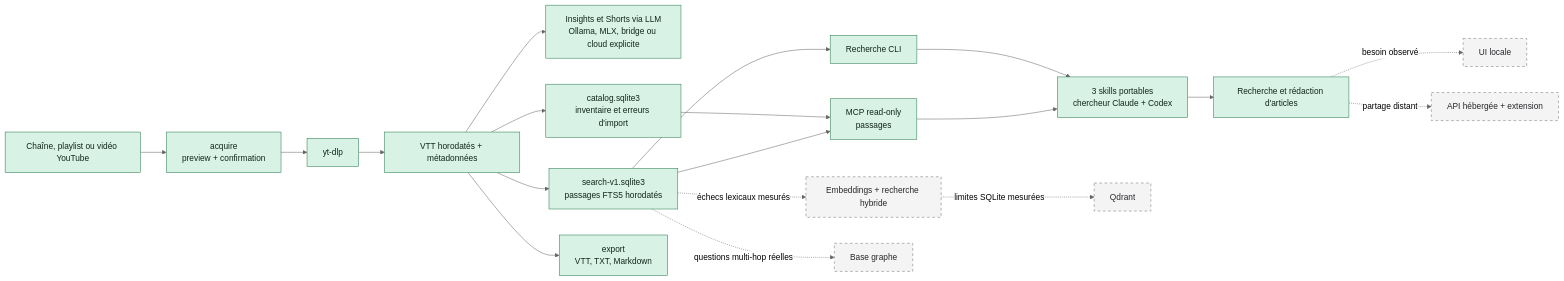
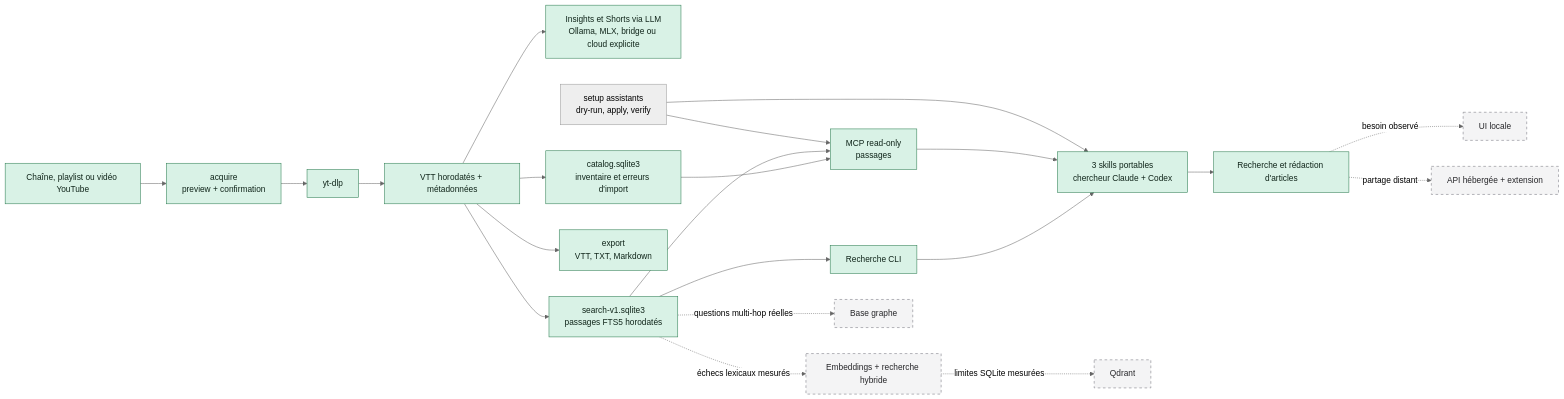
One commit to FlorianBruniaux/youtube-video-insights changed the diagram in docs/IMPLEMENTATION-STATUS.md. Above: the diagram before and after it, drawn with Mermaid (neutral theme). The commit also changed other lines of this file and 25 other files, not shown here.

````diff
--- a/docs/IMPLEMENTATION-STATUS.md
+++ b/docs/IMPLEMENTATION-STATUS.md
@@ -21,29 +21,31 @@
 ```mermaid
 flowchart LR
     YT[Chaîne, playlist ou vidéo YouTube] --> ACQ[acquire<br/>preview + confirmation]
     ACQ --> DL[yt-dlp]
     DL --> VTT[VTT horodatés + métadonnées]
 
     VTT --> LLM[Insights et Shorts via LLM<br/>Ollama, MLX, bridge ou cloud explicite]
     VTT --> CAT[catalog.sqlite3<br/>inventaire et erreurs d'import]
     VTT --> IDX[search-v1.sqlite3<br/>passages FTS5 horodatés]
 
     VTT --> EXP[export<br/>VTT, TXT, Markdown]
     IDX --> CLI[Recherche CLI]
     CAT --> MCP[MCP read-only<br/>corpus + vidéos]
     IDX --> MCP[MCP read-only<br/>passages]
     CLI --> AGENTS[3 skills portables<br/>chercheur Claude + Codex]
     MCP --> AGENTS
+    SETUP[setup assistants<br/>dry-run, apply, verify] --> AGENTS
+    SETUP --> MCP
     AGENTS --> ARTICLE[Recherche et rédaction d'articles]
 
     ARTICLE -. besoin observé .-> UI[UI locale]
     ARTICLE -. partage distant .-> HOST[API hébergée + extension]
     IDX -. échecs lexicaux mesurés .-> HYBRID[Embeddings + recherche hybride]
     HYBRID -. limites SQLite mesurées .-> QDRANT[Qdrant]
     IDX -. questions multi-hop réelles .-> GRAPH[Base graphe]
 
     classDef done fill:#d9f2e6,stroke:#287a4d,color:#10251a;
     classDef later fill:#f4f4f5,stroke:#71717a,color:#27272a,stroke-dasharray: 5 5;
     class YT,ACQ,DL,VTT,LLM,CAT,IDX,EXP,CLI,MCP,AGENTS,ARTICLE done;
     class UI,HOST,HYBRID,QDRANT,GRAPH later;
 ```
````
